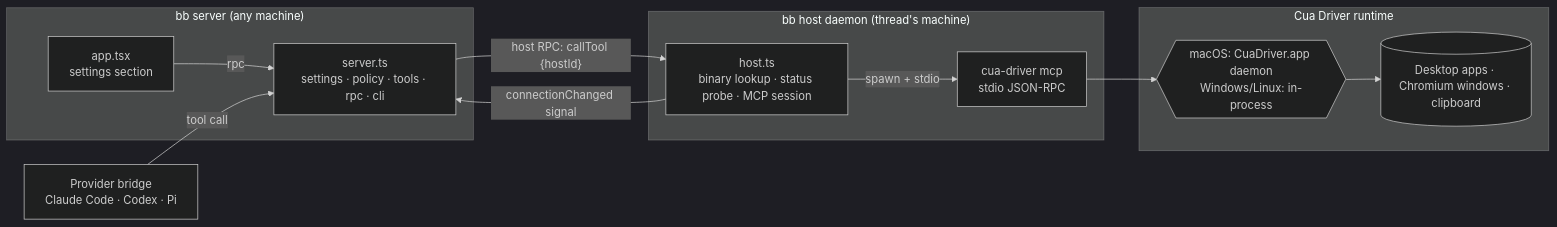
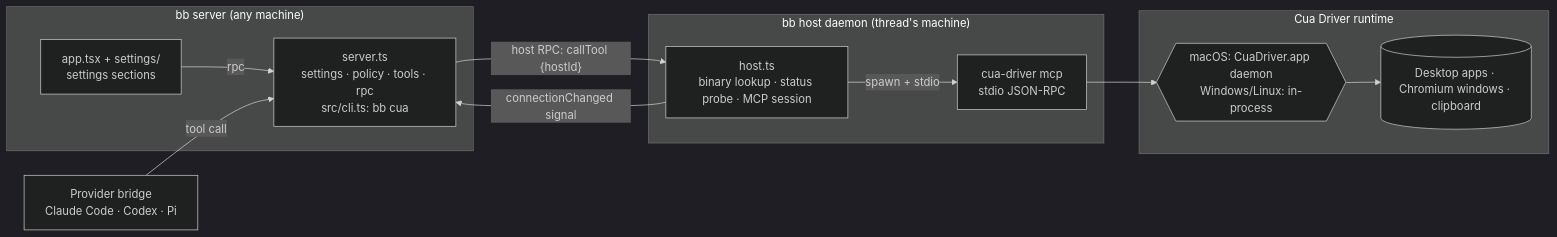
Before and after one commit to qwadrox/bb-plugin-computer-use: the first of 6 diagrams in docs/ARCHITECTURE.md, drawn with Mermaid (dark theme). The commit also changed 1 other file, not shown here.

Commit message:
Map src/cli.ts, src/errors.ts and settings/ in AGENTS.md

````diff
--- a/docs/ARCHITECTURE.md
+++ b/docs/ARCHITECTURE.md
@@ -5,21 +5,21 @@
 ```mermaid
 flowchart LR
   subgraph bbServer["bb server (any machine)"]
-    S[server.ts<br/>settings · policy · tools · rpc · cli]
-    UI[app.tsx<br/>settings section]
+    S[server.ts<br/>settings · policy · tools · rpc<br/>src/cli.ts: bb cua]
+    UI[app.tsx + settings/<br/>settings sections]
     UI -- rpc --> S
   end
   subgraph daemon["bb host daemon (thread's machine)"]
     H[host.ts<br/>binary lookup · status probe · MCP session]
     M[cua-driver mcp<br/>stdio JSON-RPC]
     H -- spawn + stdio --> M
   end
   subgraph cua["Cua Driver runtime"]
     D{{macOS: CuaDriver.app daemon<br/>Windows/Linux: in-process}}
     OS[(Desktop apps · Chromium windows · clipboard)]
     M --> D --> OS
   end
   P[Provider bridge<br/>Claude Code · Codex · Pi] -- tool call --> S
   S -- "host RPC: callTool {hostId}" --> H
   H -- "connectionChanged signal" --> S
 ```
````
